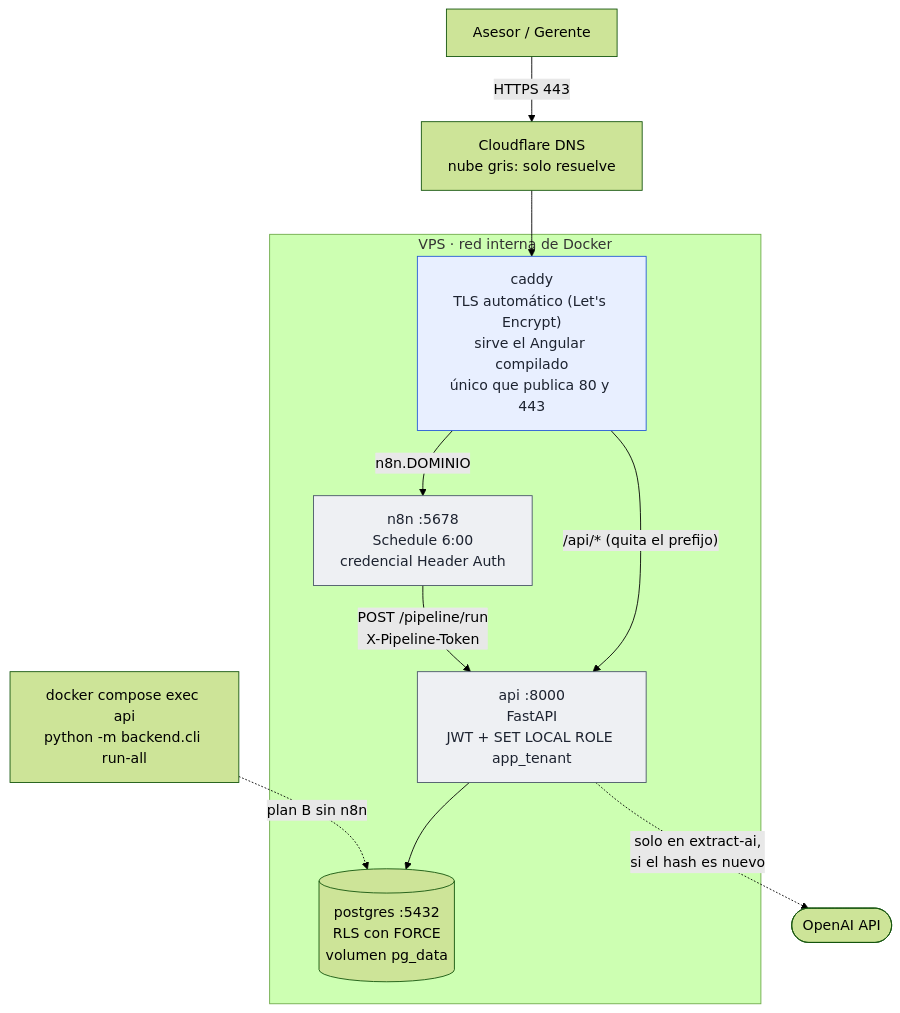
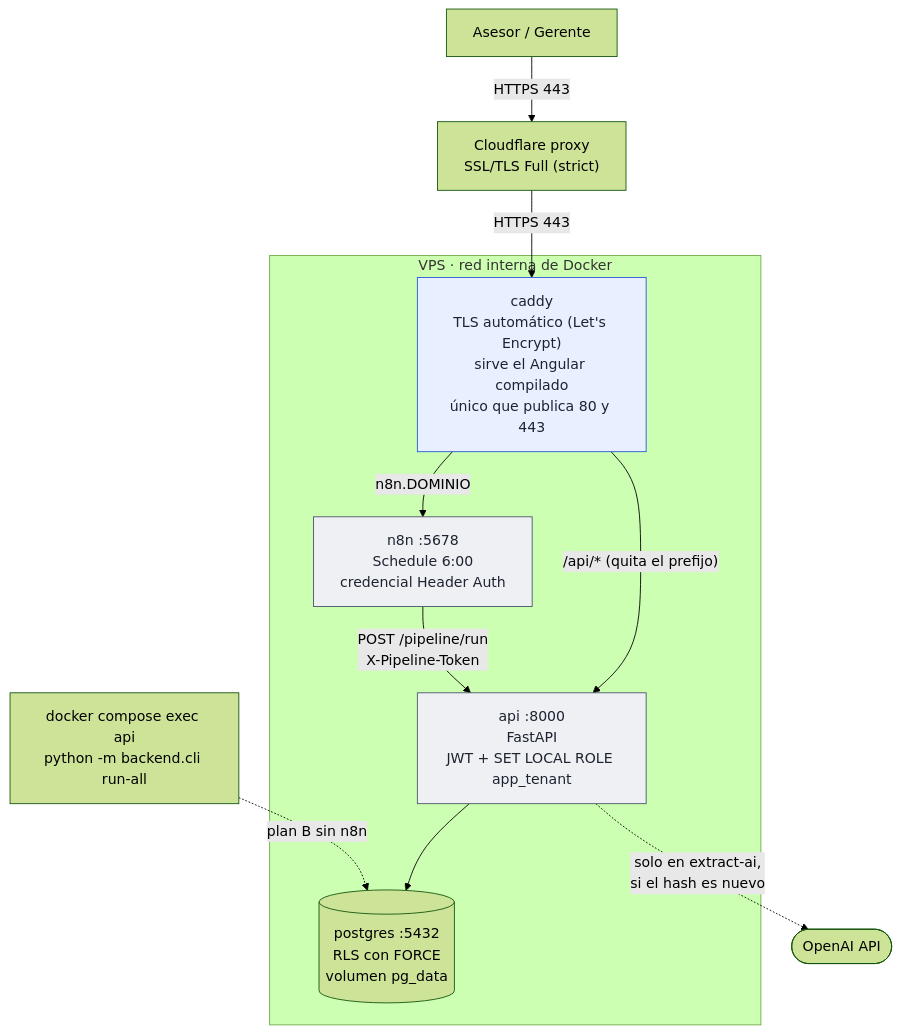
Before and after one commit to esalgo/Assessment-Analista-IA: the fourth of 4 diagrams in docs/arquitectura.md, drawn with Mermaid (forest theme). The commit also changed other lines of this file and 5 other files, not shown here.

````diff
--- a/docs/arquitectura.md
+++ b/docs/arquitectura.md
@@ -220,25 +220,25 @@
 ```mermaid
 flowchart TB
     U["Asesor / Gerente"] -->|"HTTPS 443"| CF
-    CF["Cloudflare DNS<br/>nube gris: solo resuelve"] --> C
+    CF["Cloudflare proxy<br/>SSL/TLS Full (strict)"] -->|"HTTPS 443"| C
 
     subgraph vps["VPS · red interna de Docker"]
         C["caddy<br/>TLS automático (Let's Encrypt)<br/>sirve el Angular compilado<br/>único que publica 80 y 443"]
         A["api :8000<br/>FastAPI<br/>JWT + SET LOCAL ROLE app_tenant"]
         P[("postgres :5432<br/>RLS con FORCE<br/>volumen pg_data")]
         N["n8n :5678<br/>Schedule 6:00<br/>credencial Header Auth"]
 
         C -->|"/api/* (quita el prefijo)"| A
         C -->|"n8n.DOMINIO"| N
         A --> P
         N -->|"POST /pipeline/run<br/>X-Pipeline-Token"| A
     end
 
     A -.->|"solo en extract-ai,<br/>si el hash es nuevo"| O(["OpenAI API"])
     CLI["docker compose exec api<br/>python -m backend.cli run-all"] -.->|"plan B sin n8n"| P
 
     classDef publico fill:#e8efff,stroke:#2459d6,color:#1d2330
     classDef interno fill:#eef0f3,stroke:#475467,color:#1d2330
     class C publico
     class A,N interno
 ```
````
